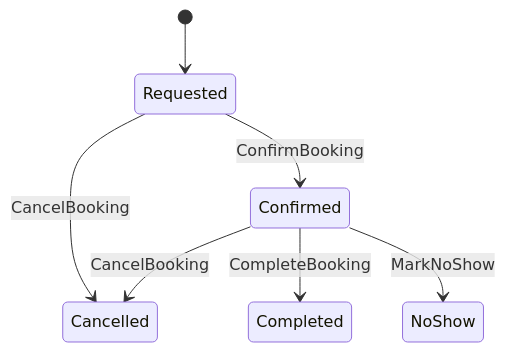
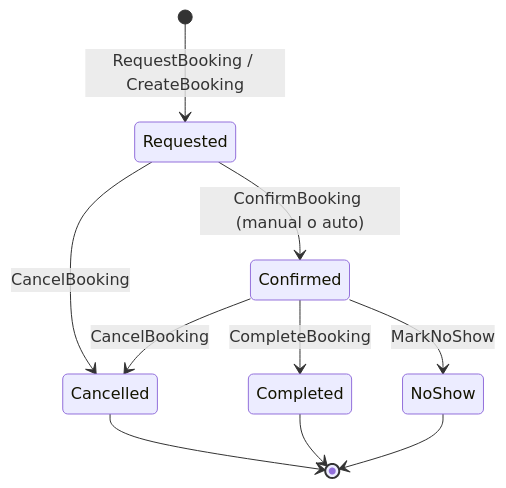
One commit to vytehub/vt-docs-public changed the diagram in docs/01-domain-behavior/02-lifecycles/booking-lifecycle.md. Above: the diagram before and after it, drawn with Mermaid. The commit also changed other lines of this file and 85 other files, not shown here.

````diff
--- a/docs/01-domain-behavior/02-lifecycles/booking-lifecycle.md
+++ b/docs/01-domain-behavior/02-lifecycles/booking-lifecycle.md
@@ -18,9 +22,12 @@
 ```mermaid
 stateDiagram-v2
-  [*] --> Requested
-  Requested --> Confirmed: ConfirmBooking
-  Requested --> Cancelled: CancelBooking
-  Confirmed --> Cancelled: CancelBooking
-  Confirmed --> Completed: CompleteBooking
-  Confirmed --> NoShow: MarkNoShow
+  [*] --> Requested : RequestBooking / CreateBooking
+  Requested --> Confirmed : ConfirmBooking (manual o auto)
+  Requested --> Cancelled : CancelBooking
+  Confirmed --> Completed : CompleteBooking
+  Confirmed --> Cancelled : CancelBooking
+  Confirmed --> NoShow : MarkNoShow
+  Cancelled --> [*]
+  Completed --> [*]
+  NoShow --> [*]
 ```
````
